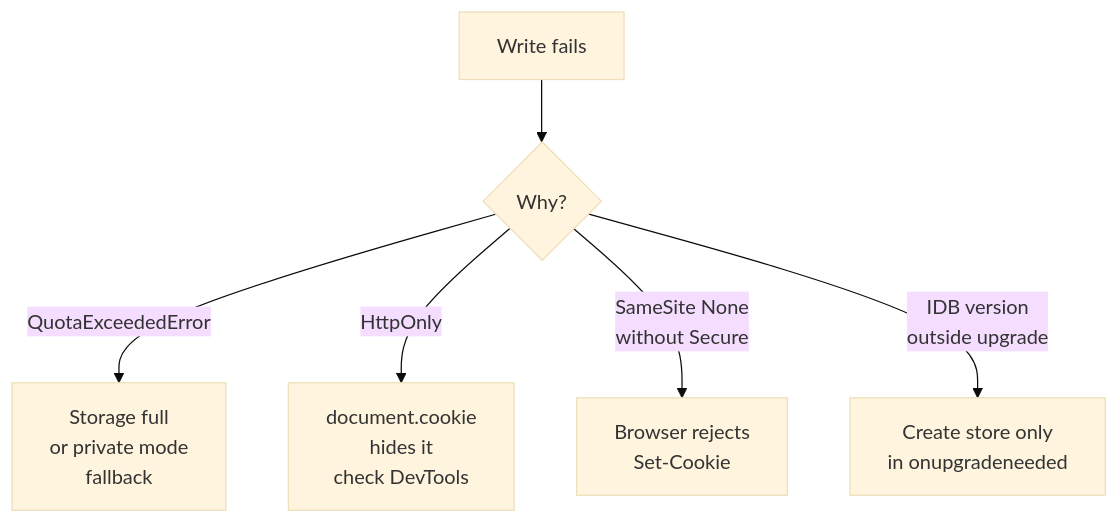
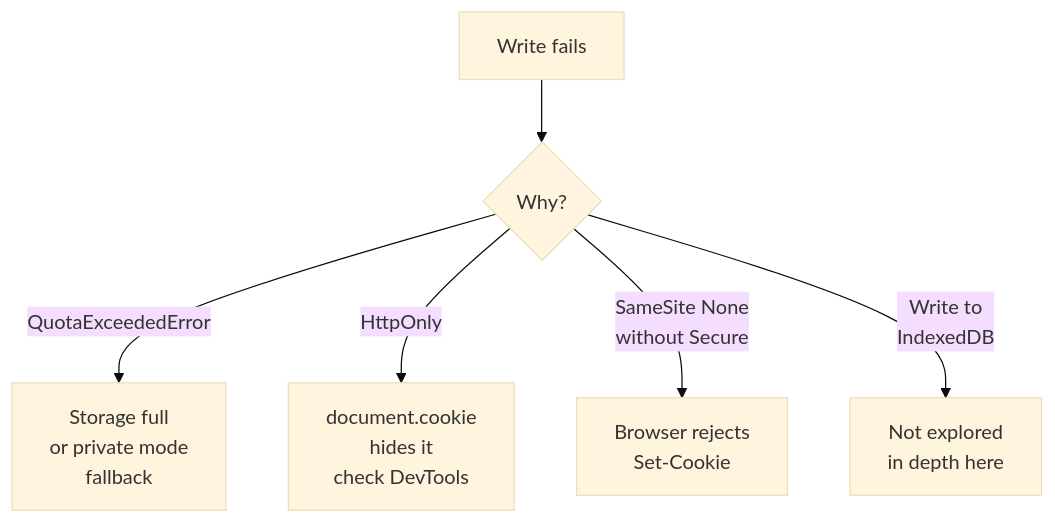
One commit to labeebahmad201/knowledge-base changed the eighth of 8 diagrams in docs/frontend/browser-storage.md. Above: the diagram before and after it, drawn with Mermaid (base theme). The commit also changed other lines of this file, not shown here.

First line of the commit message:
docs: trim IndexedDB to a not-in-depth note in browser-storage

````diff
--- a/docs/frontend/browser-storage.md
+++ b/docs/frontend/browser-storage.md
@@ -447,8 +367,8 @@
 ```mermaid
 graph TD
   WRITE2["Write fails"] --> WHY{"Why?"}
   WHY -->|"QuotaExceededError"| FULL["Storage full<br/>or private mode<br/>fallback"]
   WHY -->|"HttpOnly"| HIDE["document.cookie<br/>hides it<br/>check DevTools"]
   WHY -->|"SameSite None<br/>without Secure"| REJECT["Browser rejects<br/>Set-Cookie"]
-  WHY -->|"IDB version<br/>outside upgrade"| VER["Create store only<br/>in onupgradeneeded"]
+  WHY -->|"Write to<br/>IndexedDB"| IDB4["Not explored<br/>in depth here"]
 ```
````
